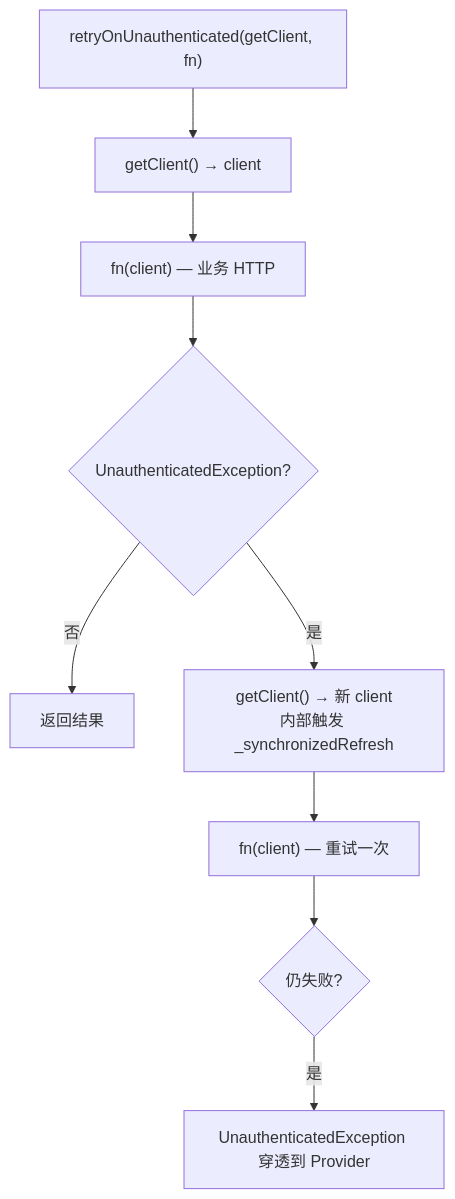
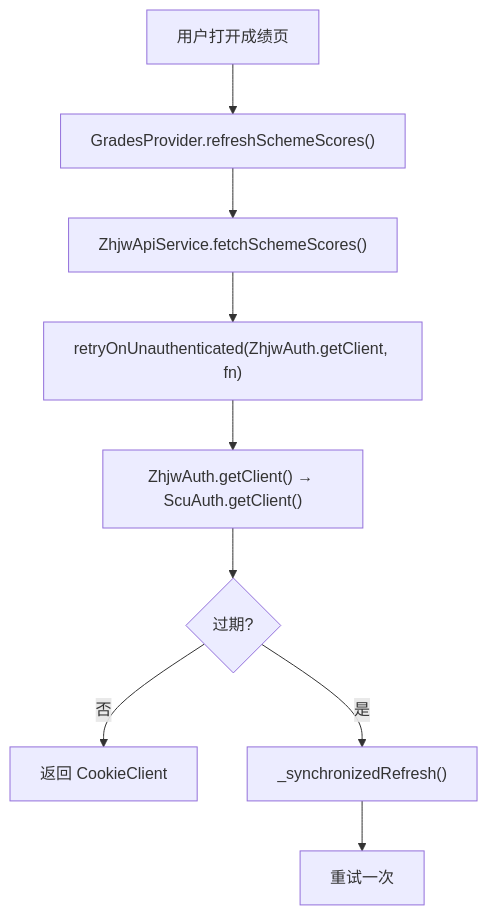
The fifth of 8 diagrams in docs/decisions/auth-architecture.md (oldplum/Bugaoshan), drawn with Mermaid before and after one commit. The commit also changed other lines of this file, not shown here.

Commit message:
docs: rewrite auth-architecture.md with reactive notification chain

````diff
--- a/docs/decisions/auth-architecture.md
+++ b/docs/decisions/auth-architecture.md
@@ -124,11 +182,11 @@
 ```mermaid
 graph TD
-    A["retryOnUnauthenticated(getClient, fn)"] --> B["getClient() → client"]
-    B --> C["fn(client) — 业务 HTTP"]
-    C --> D{"UnauthenticatedException?"}
-    D -->|"否"| E["返回结果"]
-    D -->|"是"| F["getClient() → 新 client<br/>内部触发 _synchronizedRefresh"]
-    F --> G["fn(client) — 重试一次"]
-    G --> H{"仍失败?"}
-    H -->|"是"| I["UnauthenticatedException 穿透到 Provider"]
+    A["用户打开成绩页"] --> B["GradesProvider.refreshSchemeScores()"]
+    B --> C["ZhjwApiService.fetchSchemeScores()"]
+    C --> D["retryOnUnauthenticated(ZhjwAuth.getClient, fn)"]
+    D --> E["ZhjwAuth.getClient() → ScuAuth.getClient()"]
+    E --> F{"过期?"}
+    F -->|"否"| G["返回 CookieClient"]
+    F -->|"是"| H["_synchronizedRefresh()"]
+    H --> I["重试一次"]
 ```
````
